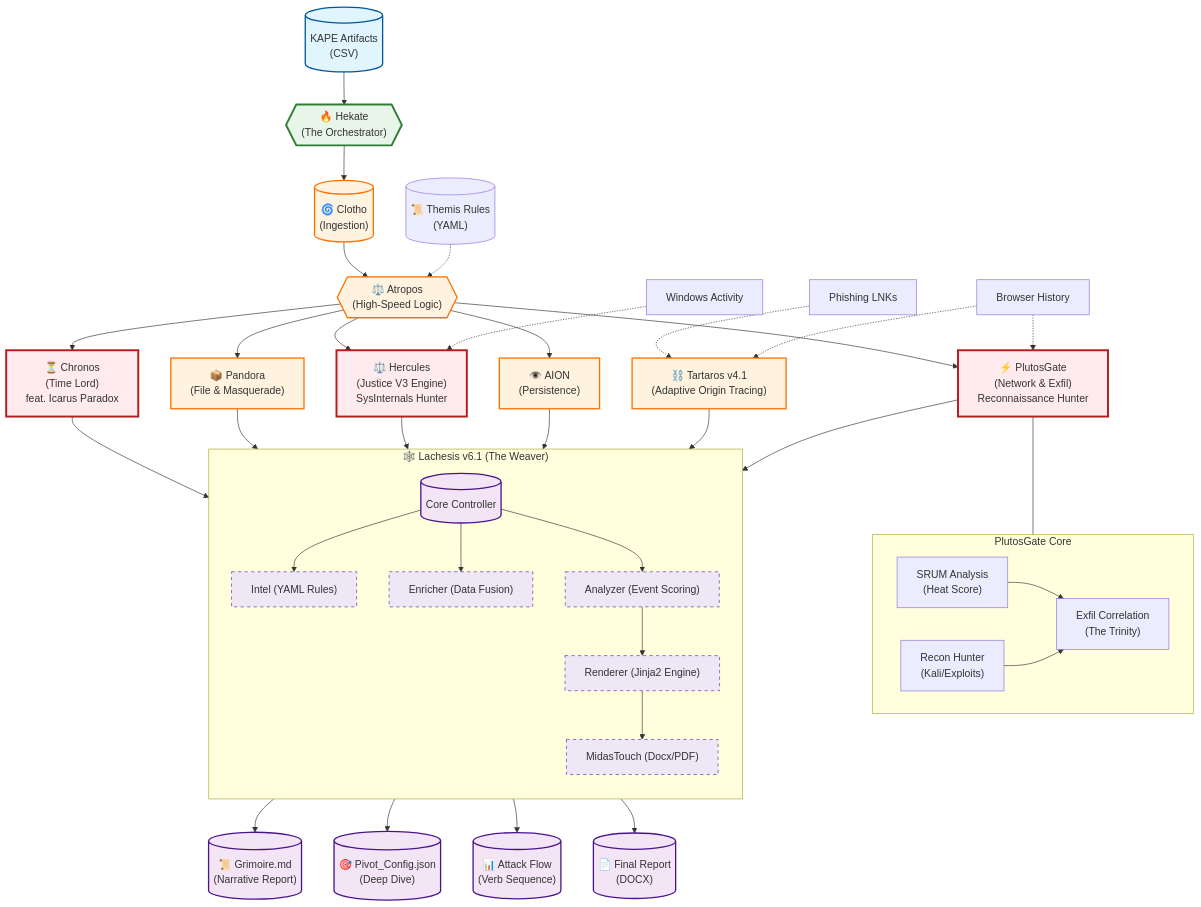
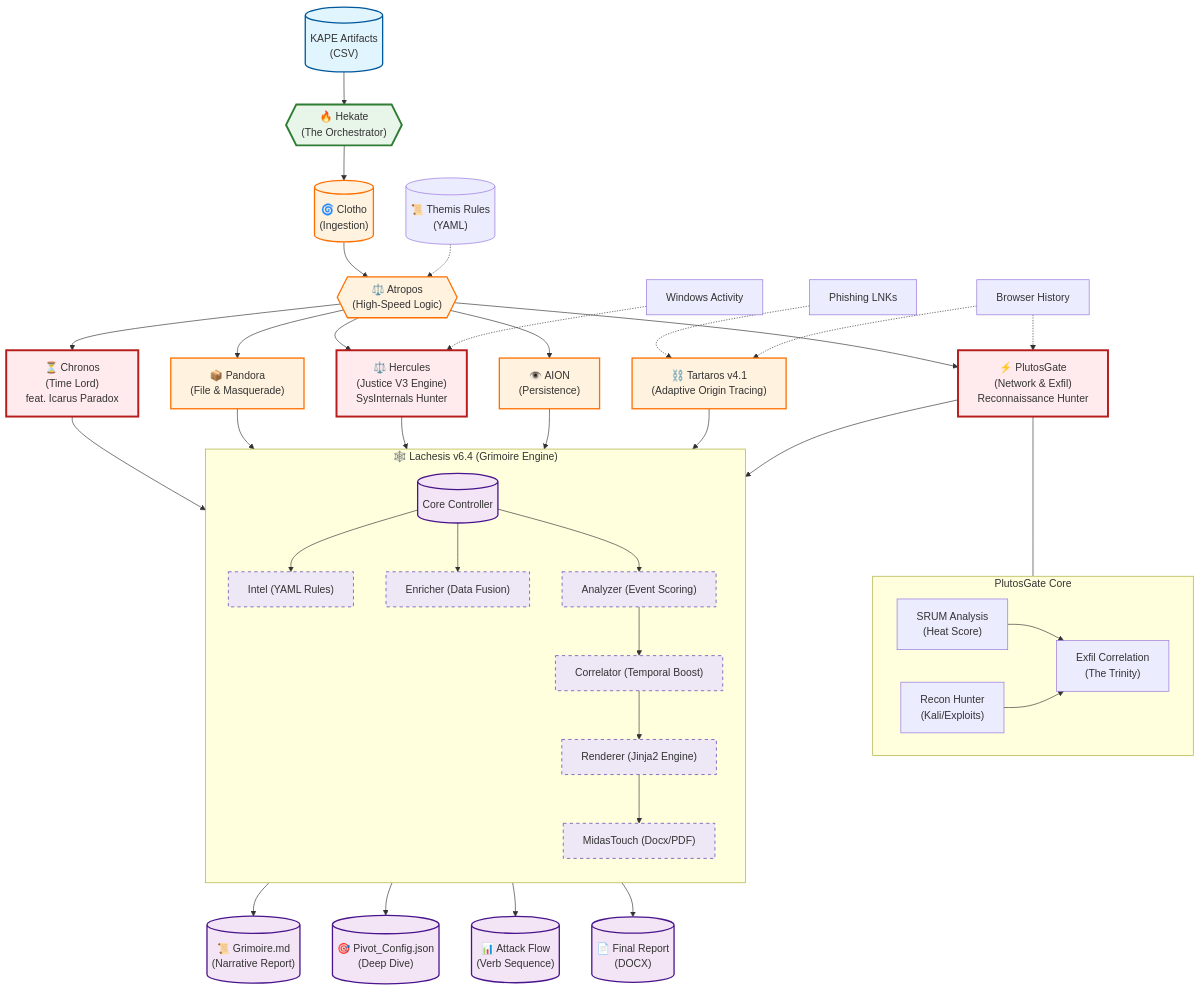
Before and after one commit to schutzz/SkiaHelios: the diagram in README.md, drawn with Mermaid. The commit also changed other lines of this file and 22 other files, not shown here.

First line of the commit message:
feat(grimoire): major engine upgrade to v6.5

````diff
--- a/README.md
+++ b/README.md
@@ -24,74 +24,76 @@
 ```mermaid
 graph TD
     %% Define Styles
     classDef input fill:#e1f5fe,stroke:#01579b,stroke-width:2px;
     classDef core fill:#e8f5e9,stroke:#2e7d32,stroke-width:3px;
     classDef engine fill:#fff3e0,stroke:#ff6f00,stroke-width:2px;
     classDef judge fill:#ffebee,stroke:#b71c1c,stroke-width:3px;
     classDef report fill:#f3e5f5,stroke:#4a148c,stroke-width:2px;
     classDef submod fill:#ede7f6,stroke:#512da8,stroke-width:1px,stroke-dasharray: 5 5;
     classDef recon fill:#e0f2f1,stroke:#00695c,stroke-width:2px,stroke-dasharray: 2 2;
 
     %% Input Stage
     Input[("KAPE Artifacts\n(CSV)")]:::input --> Hekate{{"🔥 Hekate\n(The Orchestrator)"}}:::core
     
     %% Ingestion & Analysis
     Hekate --> Clotho[("🌀 Clotho\n(Ingestion)")]:::engine
     Clotho --> Atropos{{"⚖️ Atropos\n(High-Speed Logic)"}}:::engine
     Rules[("📜 Themis Rules\n(YAML)")] -.-> Atropos
     
     %% Specialized Modules
     Atropos --> Chronos["⏳ Chronos\n(Time Lord)\nfeat. Icarus Paradox"]:::judge
     Atropos --> Pandora["📦 Pandora\n(File & Masquerade)"]:::engine
     Atropos --> Hercules["⚖️ Hercules\n(Justice V3 Engine)\nSysInternals Hunter"]:::judge
     Atropos --> Aion["👁️ AION\n(Persistence)"]:::engine
     Atropos --> Plutos["⚡ PlutosGate\n(Network & Exfil)\nReconnaissance Hunter"]:::judge
     
     %% Recon & Origin Tracing
     LNKs["Phishing LNKs"] -.-> Tartaros["⛓️ Tartaros v4.1\n(Adaptive Origin Tracing)"]:::engine
     History["Browser History"] -.-> Tartaros
     History -.-> Plutos
     Timeline["Windows Activity"] -.-> Hercules
     
     %% Plutos Sub-Flow
     subgraph Plutos_Engine ["PlutosGate Core"]
         direction LR
         P_SRUM["SRUM Analysis\n(Heat Score)"]
         P_Recon["Recon Hunter\n(Kali/Exploits)"]
         P_Exfil["Exfil Correlation\n(The Trinity)"]
         
         P_SRUM --> P_Exfil
         P_Recon --> P_Exfil
     end
     Plutos --- Plutos_Engine
 
     %% Reporting Stage (Modular Lachesis)
-    subgraph Lachesis_Module ["🕸️ Lachesis v6.1 (The Weaver)"]
+    subgraph Lachesis_Module ["🕸️ Lachesis v6.4 (Grimoire Engine)"]
         direction TB
         L_Core[("Core Controller")]:::report
         L_Intel["Intel (YAML Rules)"]:::submod
         L_Enrich["Enricher (Data Fusion)"]:::submod
         L_Analyzer["Analyzer (Event Scoring)"]:::submod
+        L_Correlator["Correlator (Temporal Boost)"]:::submod
         L_Render["Renderer (Jinja2 Engine)"]:::submod
         L_Midas["MidasTouch (Docx/PDF)"]:::submod
         
         L_Core --> L_Intel
         L_Core --> L_Enrich
         L_Core --> L_Analyzer
-        L_Analyzer --> L_Render
+        L_Analyzer --> L_Correlator
+        L_Correlator --> L_Render
         L_Render --> L_Midas
     end
 
     Chronos --> L_Core
     Pandora --> L_Core
     Hercules --> L_Core
     Aion --> L_Core
     Tartaros --> L_Core
     Plutos --> L_Core
     
     %% Output
     L_Render --> Report[("📜 Grimoire.md\n(Narrative Report)")]:::report
     L_Render --> Pivot[("🎯 Pivot_Config.json\n(Deep Dive)")]:::report
     L_Render --> Mermaid[("📊 Attack Flow\n(Verb Sequence)")]:::report
     L_Midas --> Docx[("📄 Final Report\n(DOCX)")]:::report
 ```
````
